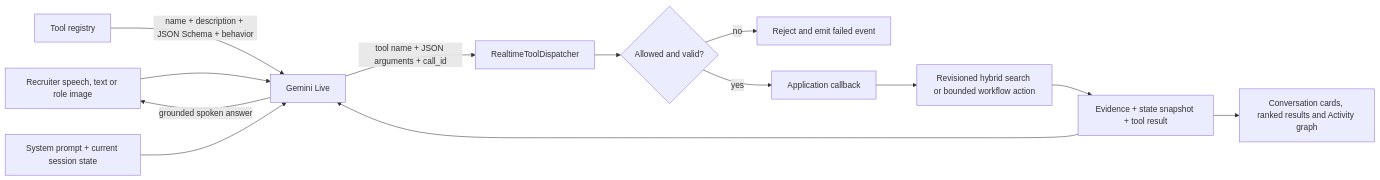
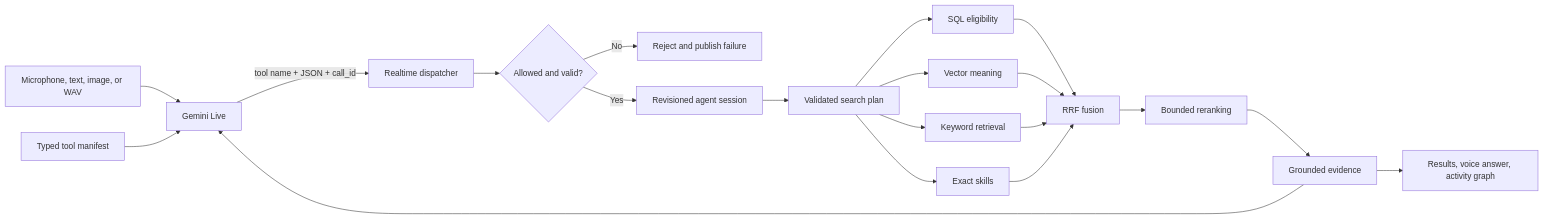
One commit to pylrn/talent-atlas-realtime-agent changed the diagram in README.md. Above: the diagram before and after it, drawn with Mermaid. The commit also changed other lines of this file and 281 other files, not shown here.

````diff
--- a/README.md
+++ b/README.md
@@ -134,15 +53,22 @@
 ```mermaid
 flowchart LR
-    U[Recruiter speech, text or role image] --> M[Gemini Live]
-    R[Tool registry] -->|name + description + JSON Schema + behavior| M
-    P[System prompt + current session state] --> M
-    M -->|tool name + JSON arguments + call_id| D[RealtimeToolDispatcher]
+    A[Microphone, text, image, or WAV] --> B[Gemini Live]
+    T[Typed tool manifest] --> B
+    B -->|tool name + JSON + call_id| D[Realtime dispatcher]
     D --> V{Allowed and valid?}
-    V -->|no| X[Reject and emit failed event]
-    V -->|yes| H[Application callback]
-    H --> S[Revisioned hybrid search or bounded workflow action]
-    S --> E[Evidence + state snapshot + tool result]
-    E --> M
-    E --> UI[Conversation cards, ranked results and Activity graph]
-    M -->|grounded spoken answer| U
+    V -->|No| X[Reject and publish failure]
+    V -->|Yes| R[Revisioned agent session]
+    R --> Q[Validated search plan]
+    Q --> S[SQL eligibility]
+    Q --> E[Vector meaning]
+    Q --> K[Keyword retrieval]
+    Q --> C[Exact skills]
+    S --> F[RRF fusion]
+    E --> F
+    K --> F
+    C --> F
+    F --> RR[Bounded reranking]
+    RR --> G[Grounded evidence]
+    G --> U[Results, voice answer, activity graph]
+    G --> B
 ```
````
